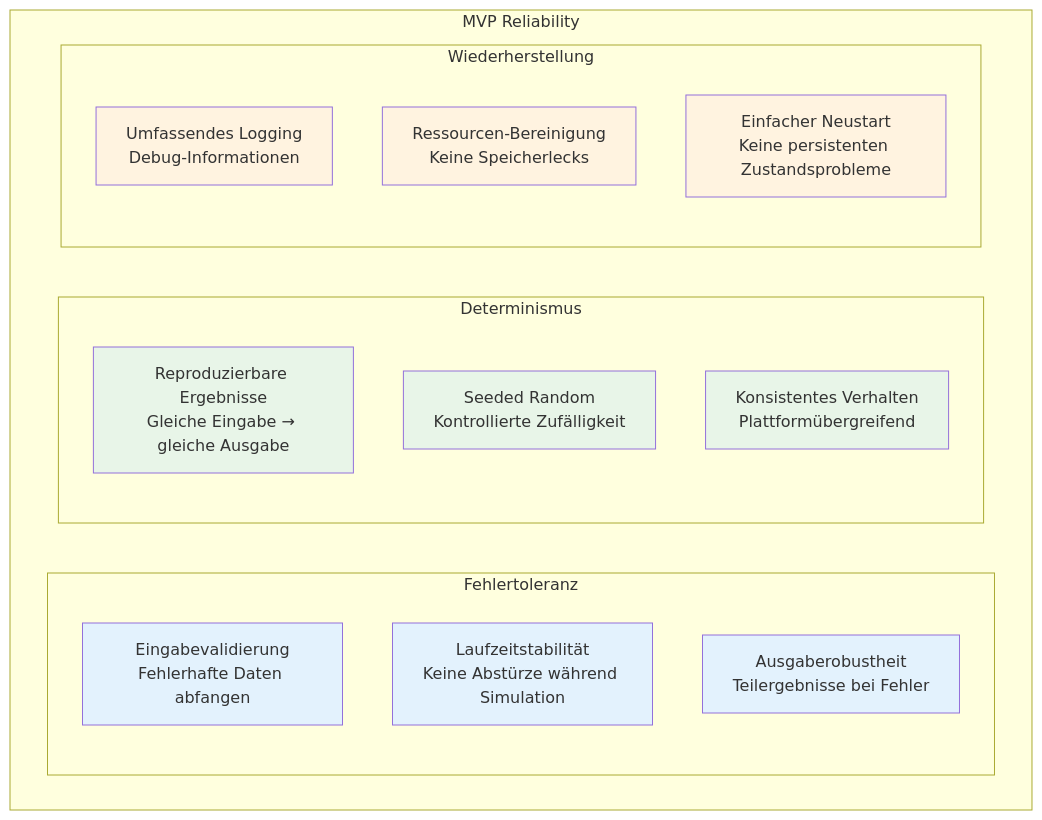
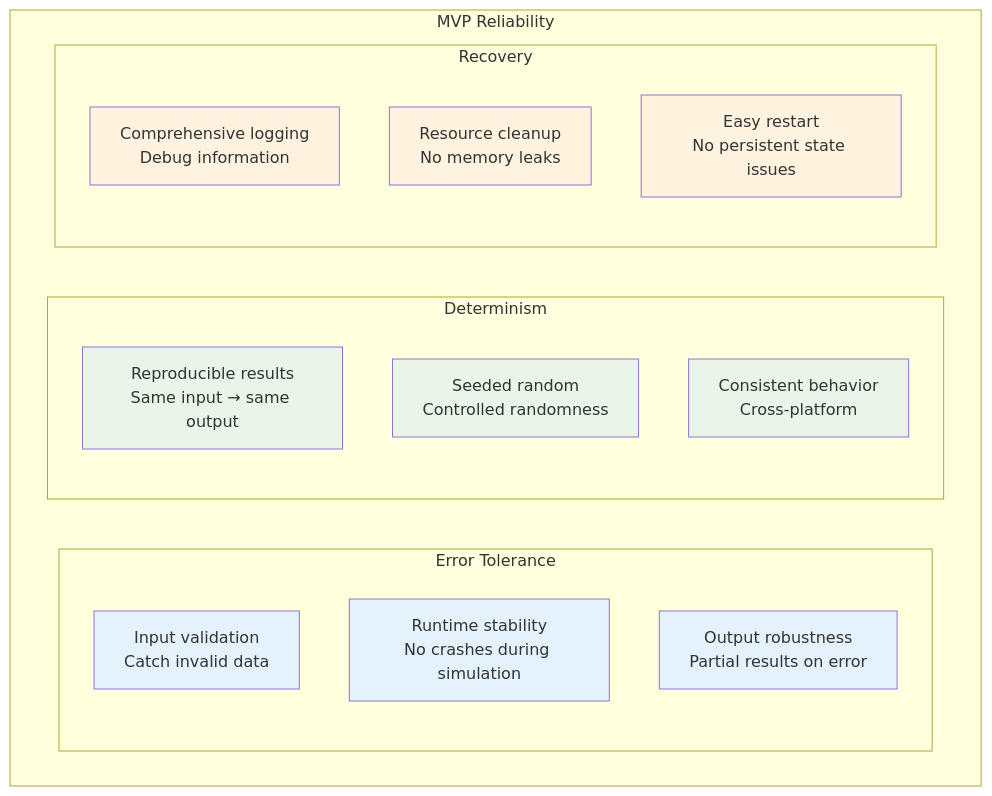
One commit to OpenRailAssociation/dac-migration-dss-popupsim changed the third of 6 diagrams in docs/mvp/architecture/10-quality-requirements.md. Above: the diagram before and after it, drawn with Mermaid. The commit also changed other lines of this file and 19 other files, not shown here.

First line of the commit message:
docs(pages): 📝 update MVP architecture

````diff
--- a/docs/mvp/architecture/10-quality-requirements.md
+++ b/docs/mvp/architecture/10-quality-requirements.md
@@ -110,30 +114,30 @@
 ```mermaid
 graph TB
     subgraph "MVP Reliability"
-        subgraph "Fehlertoleranz"
-            InputErrors[Eingabevalidierung<br/>Fehlerhafte Daten abfangen]
-            RuntimeErrors[Laufzeitstabilität<br/>Keine Abstürze während Simulation]
-            OutputErrors[Ausgaberobustheit<br/>Teilergebnisse bei Fehler]
+        subgraph "Error Tolerance"
+            InputErrors[Input validation<br/>Catch invalid data]
+            RuntimeErrors[Runtime stability<br/>No crashes during simulation]
+            OutputErrors[Output robustness<br/>Partial results on error]
         end
 
-        subgraph "Determinismus"
-            Reproducible[Reproduzierbare Ergebnisse<br/>Gleiche Eingabe → gleiche Ausgabe]
-            Seeded[Seeded Random<br/>Kontrollierte Zufälligkeit]
-            Consistent[Konsistentes Verhalten<br/>Plattformübergreifend]
+        subgraph "Determinism"
+            Reproducible[Reproducible results<br/>Same input → same output]
+            Seeded[Seeded random<br/>Controlled randomness]
+            Consistent[Consistent behavior<br/>Cross-platform]
         end
 
-        subgraph "Wiederherstellung"
-            Logging[Umfassendes Logging<br/>Debug-Informationen]
-            Cleanup[Ressourcen-Bereinigung<br/>Keine Speicherlecks]
-            Restart[Einfacher Neustart<br/>Keine persistenten Zustandsprobleme]
+        subgraph "Recovery"
+            Logging[Comprehensive logging<br/>Debug information]
+            Cleanup[Resource cleanup<br/>No memory leaks]
+            Restart[Easy restart<br/>No persistent state issues]
         end
     end
 
     classDef tolerance fill:#e3f2fd
     classDef determinism fill:#e8f5e8
     classDef recovery fill:#fff3e0
 
     class InputErrors,RuntimeErrors,OutputErrors tolerance
     class Reproducible,Seeded,Consistent determinism
     class Logging,Cleanup,Restart recovery
 ```
````
